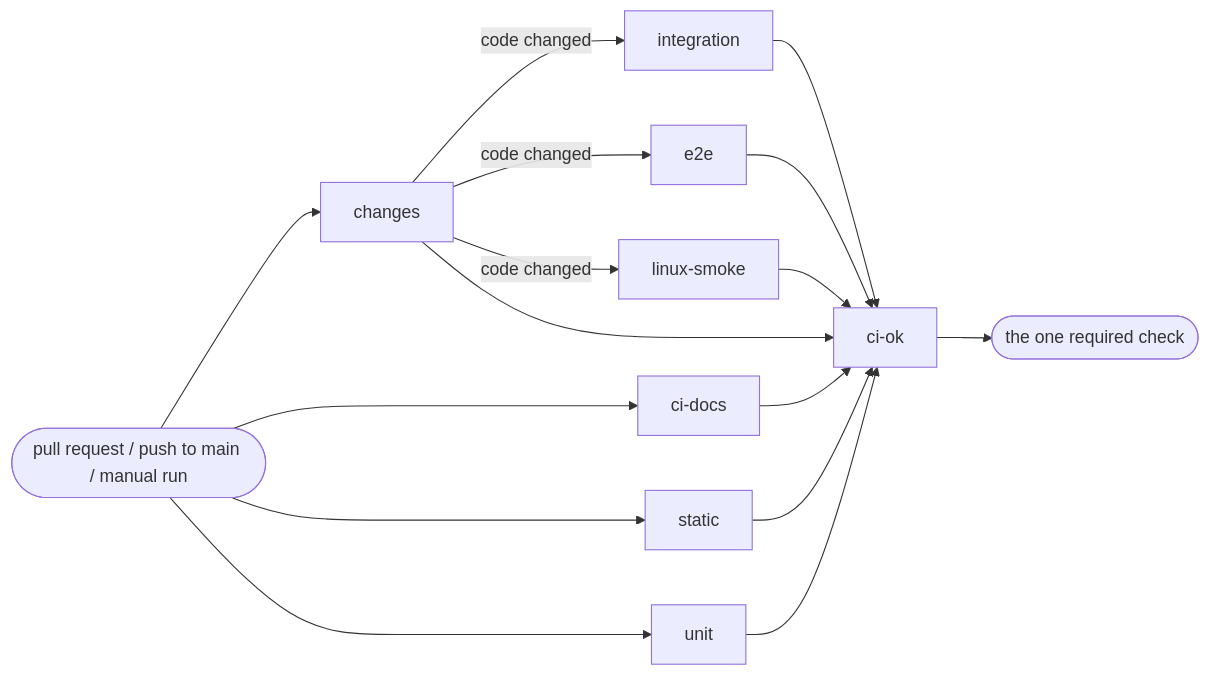
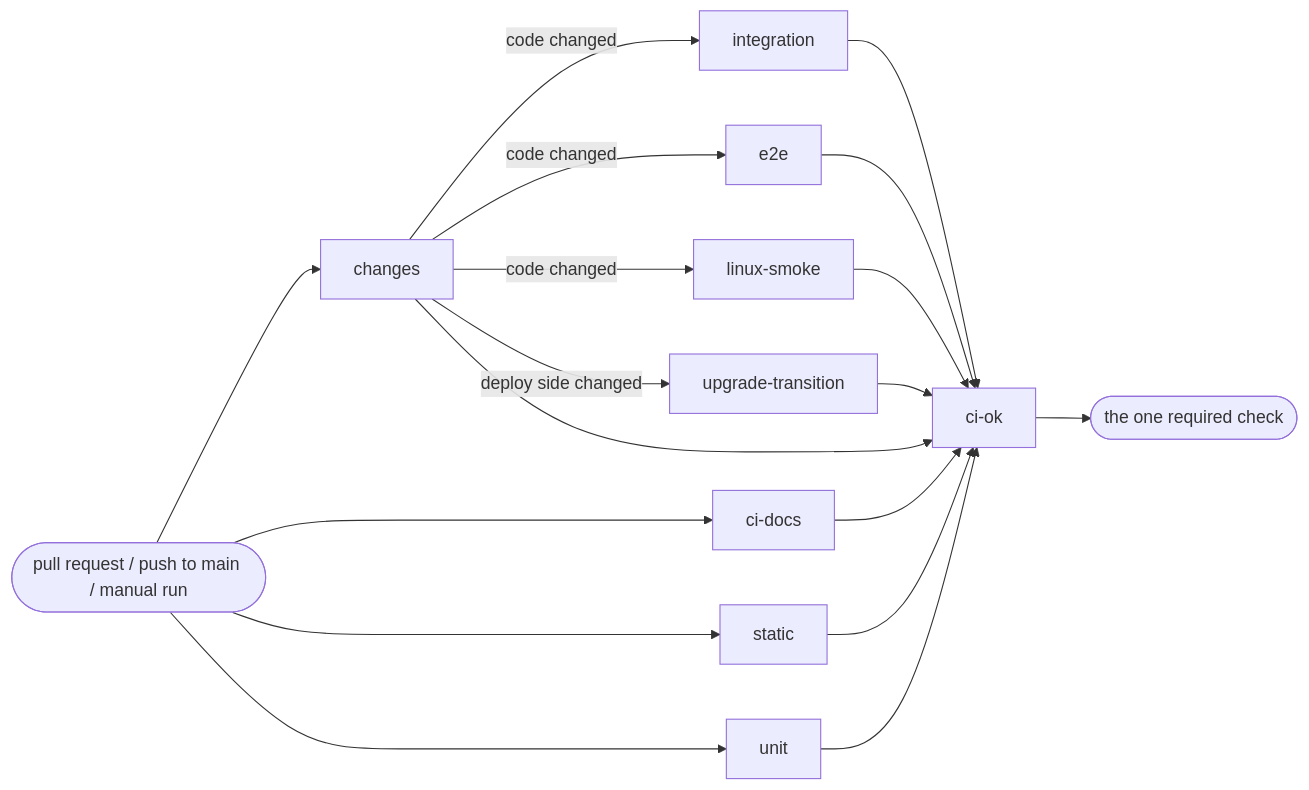
One commit to Joevonlong/job-radar changed the diagram in docs/ci.md. Above: the diagram before and after it, drawn with Mermaid. The commit also changed other lines of this file and 51 other files, not shown here.

````diff
--- a/docs/ci.md
+++ b/docs/ci.md
@@ -20,18 +20,20 @@
 ```mermaid
 flowchart LR
   PR([pull request / push to main / manual run]) --> changes
   PR --> ci-docs
   PR --> static
   PR --> unit
   changes -- code changed --> integration
   changes -- code changed --> e2e
   changes -- code changed --> linux-smoke
+  changes -- deploy side changed --> upgrade-transition
   changes --> ci-ok
   ci-docs --> ci-ok
   static --> ci-ok
   unit --> ci-ok
   integration --> ci-ok
   e2e --> ci-ok
   linux-smoke --> ci-ok
+  upgrade-transition --> ci-ok
   ci-ok --> merge([the one required check])
 ```
````
